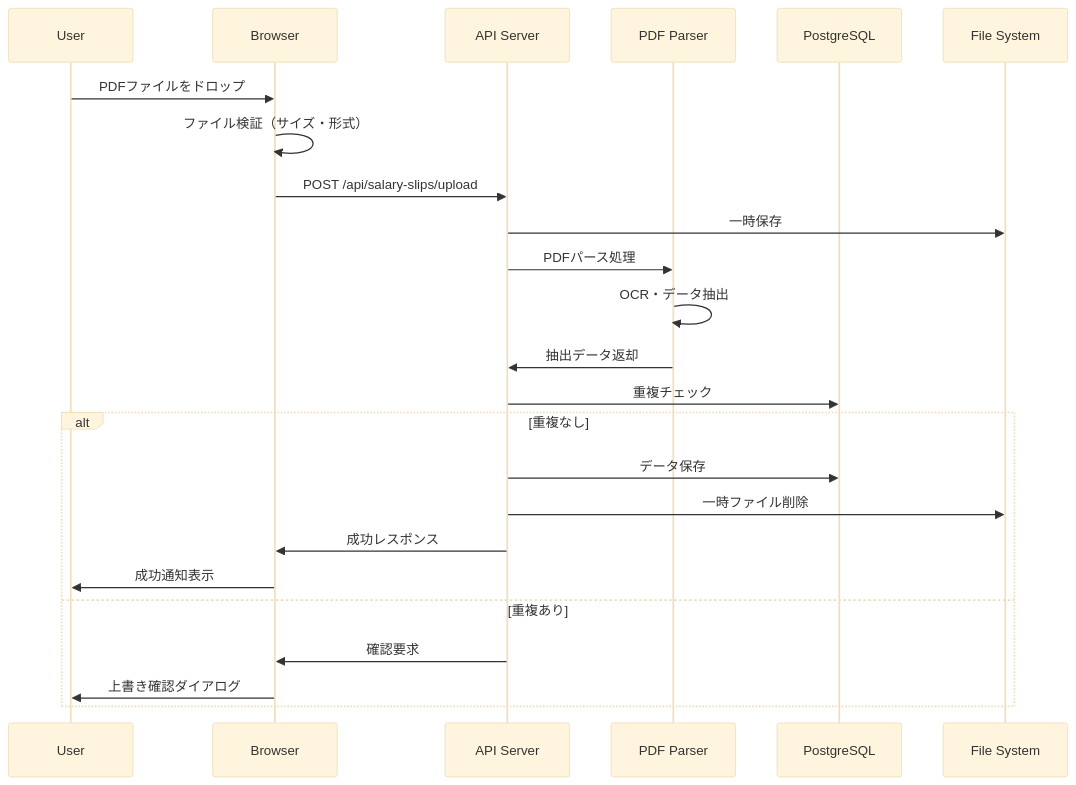
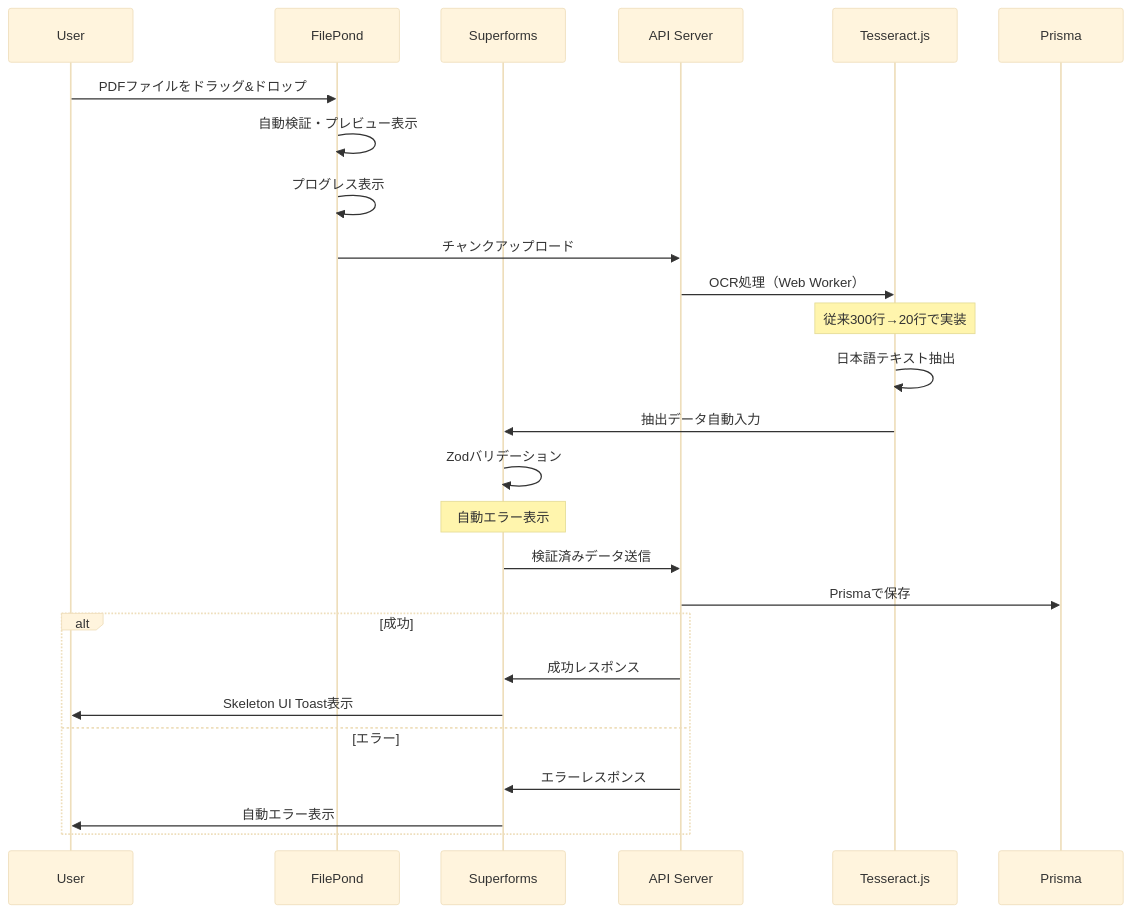
The fourth of 10 diagrams in docs/basic-design/04-01_system-architecture.md (Tora29/salary-management), drawn with Mermaid (base theme) before and after one commit. The commit also changed other lines of this file and 14 other files, not shown here.

````diff
--- a/docs/basic-design/04-01_system-architecture.md
+++ b/docs/basic-design/04-01_system-architecture.md
@@ -230,27 +240,29 @@
 ```mermaid
 sequenceDiagram
     participant U as User
-    participant B as Browser
+    participant FP as FilePond
+    participant SF as Superforms
     participant API as API Server
-    participant PDF as PDF Parser
-    participant DB as PostgreSQL
-    participant FS as File System
+    participant TS as Tesseract.js
+    participant DB as Prisma
     
-    U->>B: PDFファイルをドロップ
-    B->>B: ファイル検証（サイズ・形式）
-    B->>API: POST /api/salary-slips/upload
-    API->>FS: 一時保存
-    API->>PDF: PDFパース処理
-    PDF->>PDF: OCR・データ抽出
-    PDF->>API: 抽出データ返却
-    API->>DB: 重複チェック
-    alt 重複なし
-        API->>DB: データ保存
-        API->>FS: 一時ファイル削除
-        API->>B: 成功レスポンス
-        B->>U: 成功通知表示
-    else 重複あり
-        API->>B: 確認要求
-        B->>U: 上書き確認ダイアログ
+    U->>FP: PDFファイルをドラッグ&ドロップ
+    FP->>FP: 自動検証・プレビュー表示
+    FP->>FP: プログレス表示
+    FP->>API: チャンクアップロード
+    API->>TS: OCR処理（Web Worker）
+    Note over TS: 従来300行→20行で実装
+    TS->>TS: 日本語テキスト抽出
+    TS->>SF: 抽出データ自動入力
+    SF->>SF: Zodバリデーション
+    Note over SF: 自動エラー表示
+    SF->>API: 検証済みデータ送信
+    API->>DB: Prismaで保存
+    alt 成功
+        API->>SF: 成功レスポンス
+        SF->>U: Skeleton UI Toast表示
+    else エラー
+        API->>SF: エラーレスポンス
+        SF->>U: 自動エラー表示
     end
 ```
````
